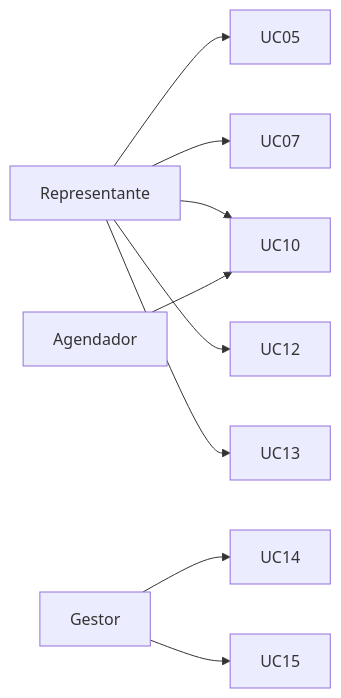
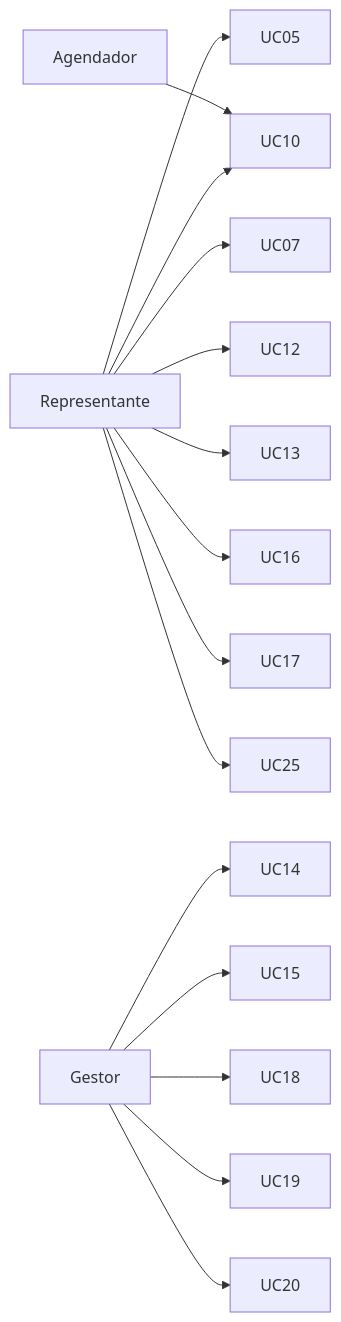
One commit to dudapetzinger/CHOKOCRM changed the diagram in docs/casos-de-uso.md. Above: the diagram before and after it, drawn with Mermaid. The commit also changed other lines of this file and 29 other files, not shown here.

````diff
--- a/docs/casos-de-uso.md
+++ b/docs/casos-de-uso.md
@@ -27,6 +27,6 @@
 ```mermaid
 graph LR
-  R[Representante] --> UC05 & UC07 & UC10 & UC12 & UC13
-  G[Gestor] --> UC14 & UC15
+  R[Representante] --> UC05 & UC07 & UC10 & UC12 & UC13 & UC16 & UC17 & UC25
+  G[Gestor] --> UC14 & UC15 & UC18 & UC19 & UC20
   S[Agendador] --> UC10
 ```
````
